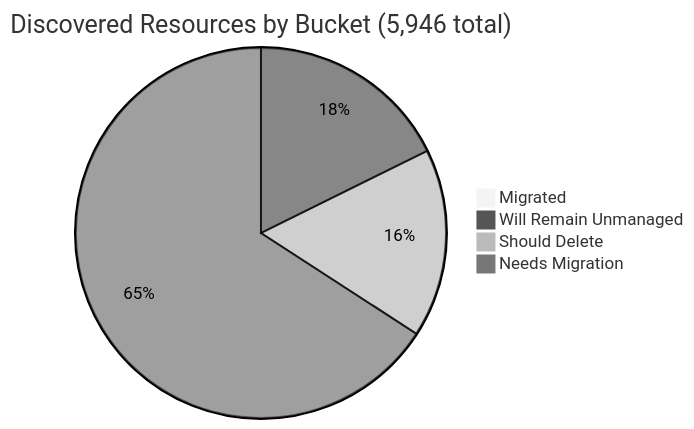
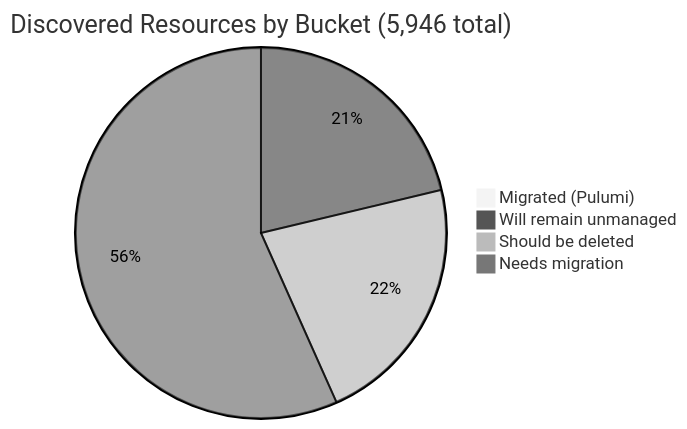
Before and after one commit to pulumi-pequod/migration-reports: the diagram in 2026-06-29/migration-report.md, drawn with Mermaid (neutral theme). The commit also changed other lines of this file, not shown here.

First line of the commit message:
Add 2026-06-29 migration report: full scan of 5 Insights accounts

````diff
--- a/2026-06-29/migration-report.md
+++ b/2026-06-29/migration-report.md
@@ -48,7 +38,7 @@
 ```mermaid
 pie title Discovered Resources by Bucket (5,946 total)
-    "Migrated" : 53
-    "Will Remain Unmanaged" : 1043
-    "Should Delete" : 970
-    "Needs Migration" : 3880
+    "Migrated (Pulumi)" : 53
+    "Will remain unmanaged" : 1253
+    "Should be deleted" : 1300
+    "Needs migration" : 3340
 ```
````
